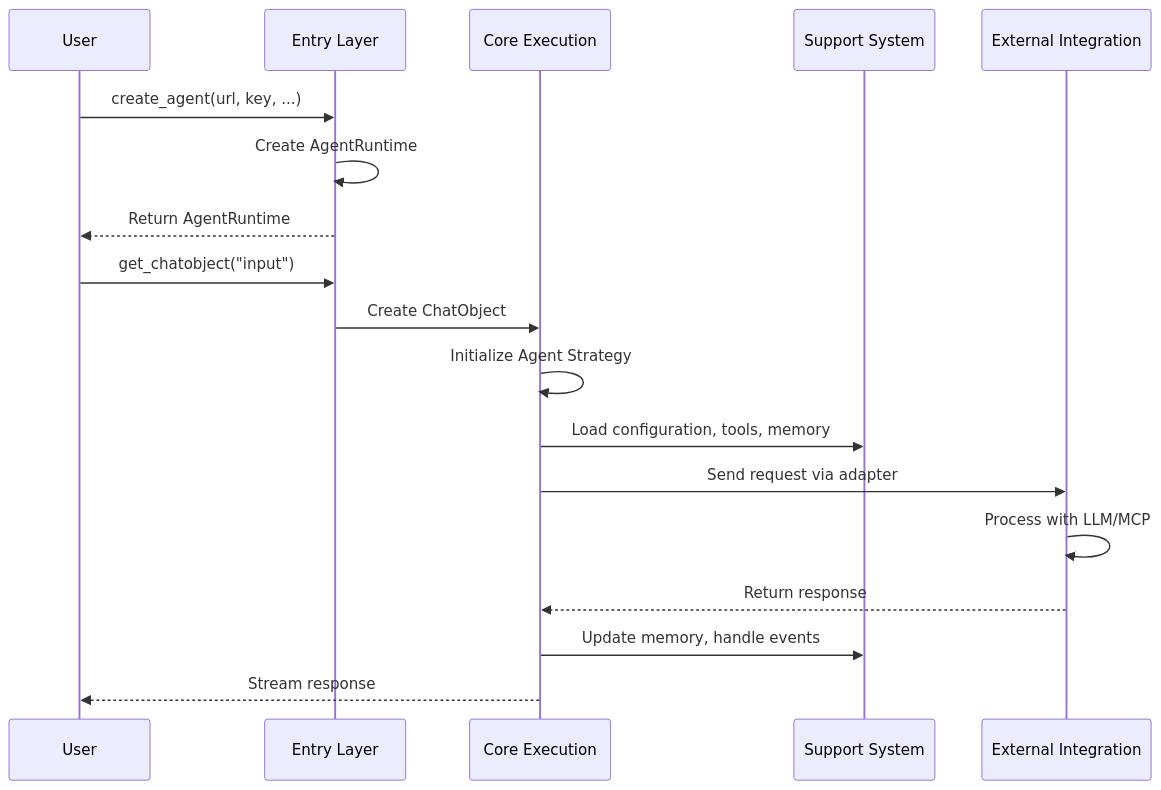
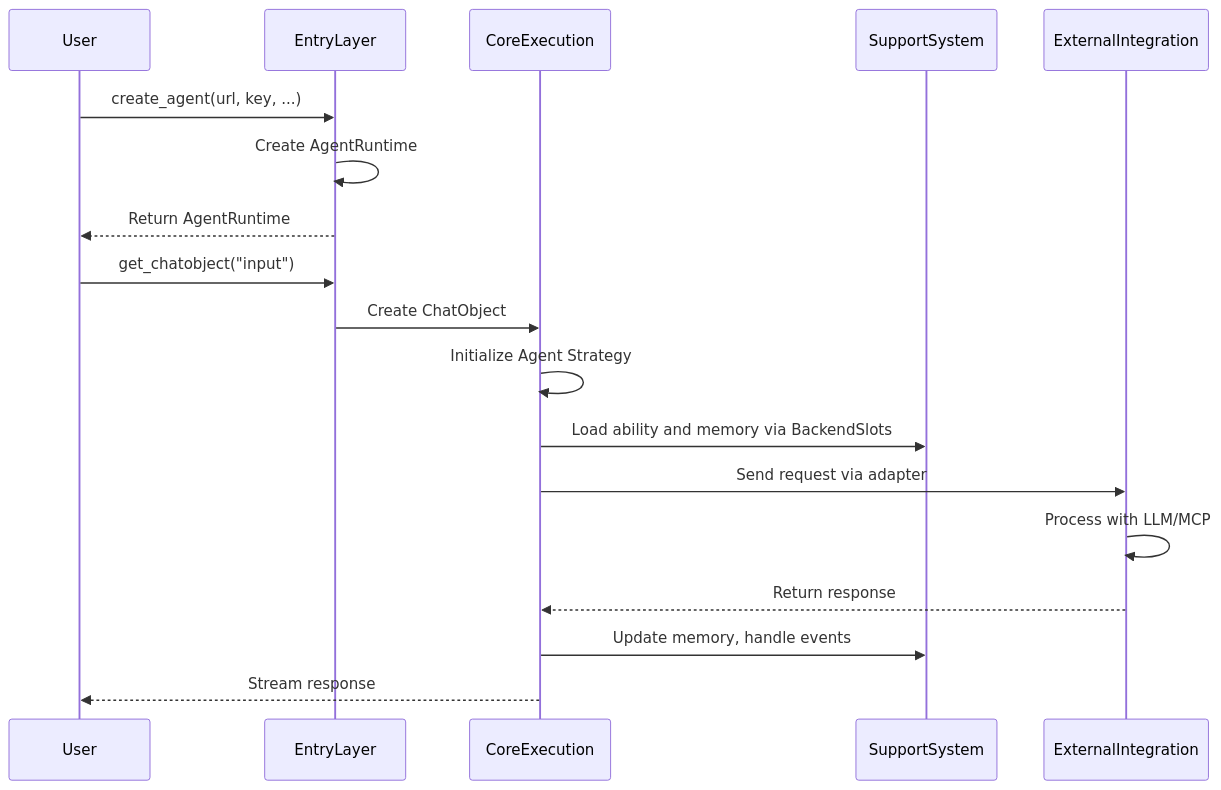
Before and after one commit to AmritaBot/AmritaCore: the fifth of 5 diagrams in docs/docs/guide/getting-started/architecture.md, drawn with Mermaid. The commit also changed other lines of this file and 95 other files, not shown here.

````diff
--- a/docs/docs/guide/getting-started/architecture.md
+++ b/docs/docs/guide/getting-started/architecture.md
@@ -152,22 +207,22 @@
 ```mermaid
 sequenceDiagram
     participant User as User
-    participant Entry as Entry Layer
-    participant Core as Core Execution
-    participant Support as Support System
-    participant External as External Integration
+    participant Entry as EntryLayer
+    participant Core as CoreExecution
+    participant Support as SupportSystem
+    participant External as ExternalIntegration
 
     User->>Entry: create_agent(url, key, ...)
     Entry->>Entry: Create AgentRuntime
     Entry-->>User: Return AgentRuntime
 
     User->>Entry: get_chatobject("input")
     Entry->>Core: Create ChatObject
     Core->>Core: Initialize Agent Strategy
-    Core->>Support: Load configuration, tools, memory
+    Core->>Support: Load ability and memory via BackendSlots
     Core->>External: Send request via adapter
     External->>External: Process with LLM/MCP
     External-->>Core: Return response
     Core->>Support: Update memory, handle events
     Core-->>User: Stream response
 ```
````
